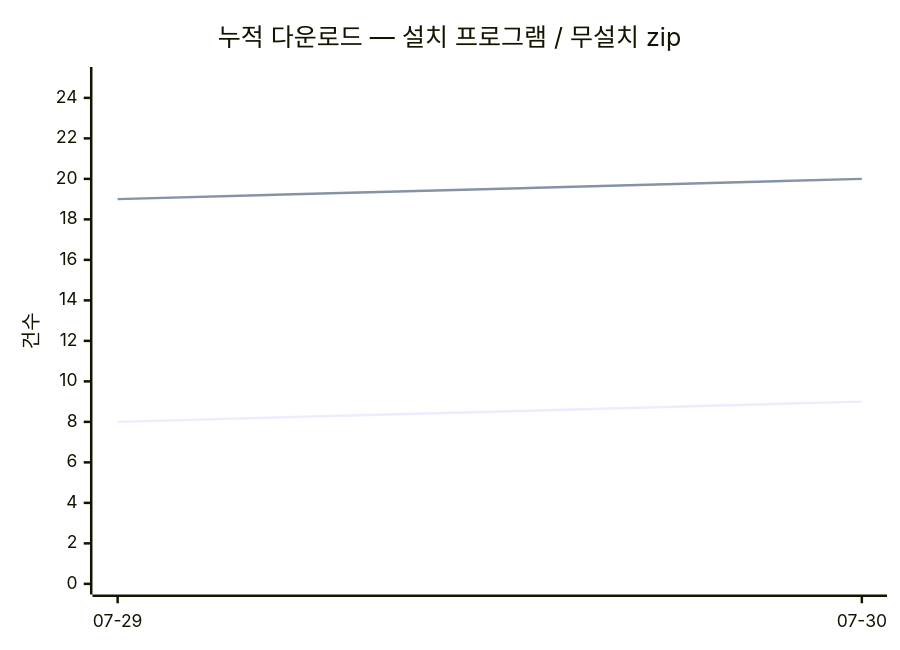
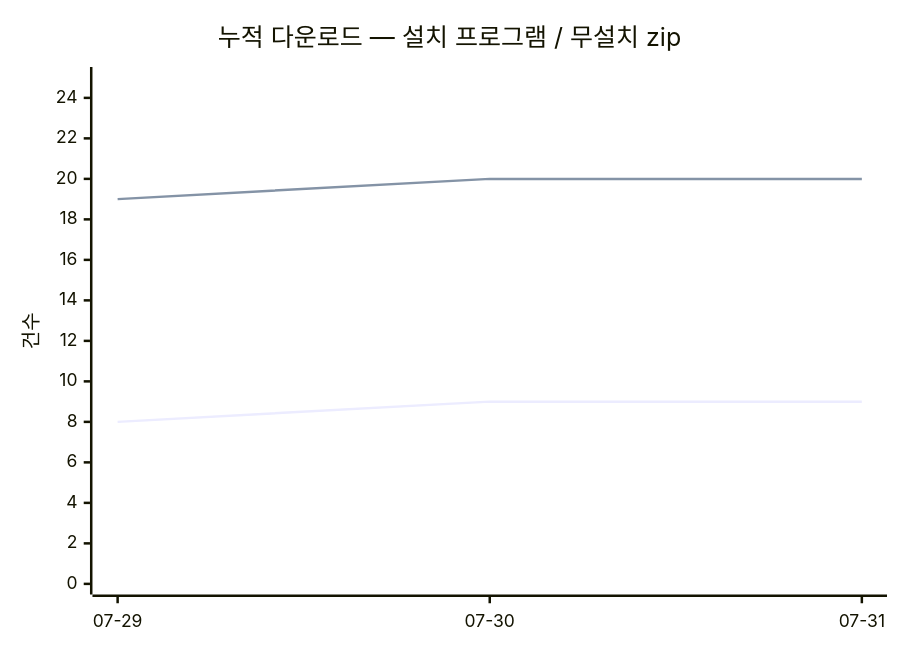
One commit to dodaseo/ibis-releases changed the diagram in README.md. Above: the diagram before and after it, drawn with Mermaid. The commit also changed other lines of this file and 2 other files, not shown here.

Commit message:
chore(stats): 다운로드 스냅숏 2026-07-31

````diff
--- a/README.md
+++ b/README.md
@@ -132,8 +132,8 @@
 ```mermaid
 xychart-beta
     title "누적 다운로드 — 설치 프로그램 / 무설치 zip"
-    x-axis [07-29, 07-30]
+    x-axis [07-29, 07-30, 07-31]
     y-axis "건수" 0 --> 25
-    line [8, 9]
-    line [19, 20]
+    line [8, 9, 9]
+    line [19, 20, 20]
 ```
````
